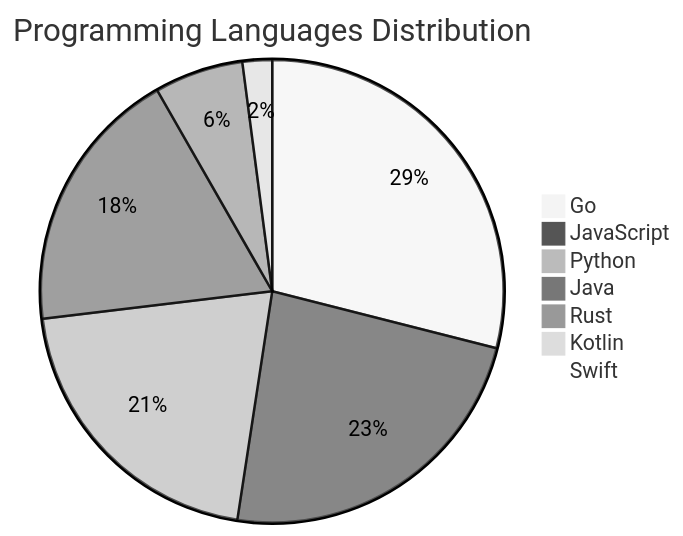
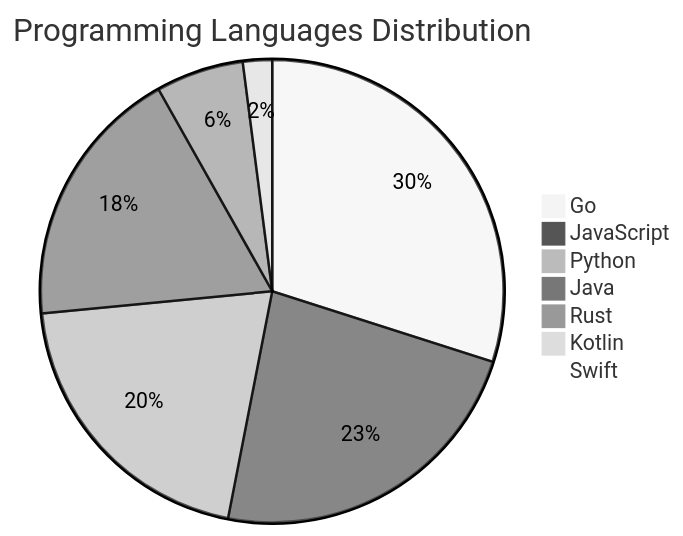
One commit to Derrick-MUGISHA/github-activity-bot changed the diagram in README.md. Above: the diagram before and after it, drawn with Mermaid (neutral theme). The commit also changed other lines of this file and 4 other files, not shown here.

````diff
--- a/README.md
+++ b/README.md
@@ -207,10 +207,10 @@
 ```mermaid
 pie title Programming Languages Distribution
-    "Go" : 42
+    "Go" : 44
     "JavaScript" : 34
     "Python" : 30
     "Java" : 27
     "Rust" : 9
     "Kotlin" : 3
     "Swift" : 1
 ```
````
